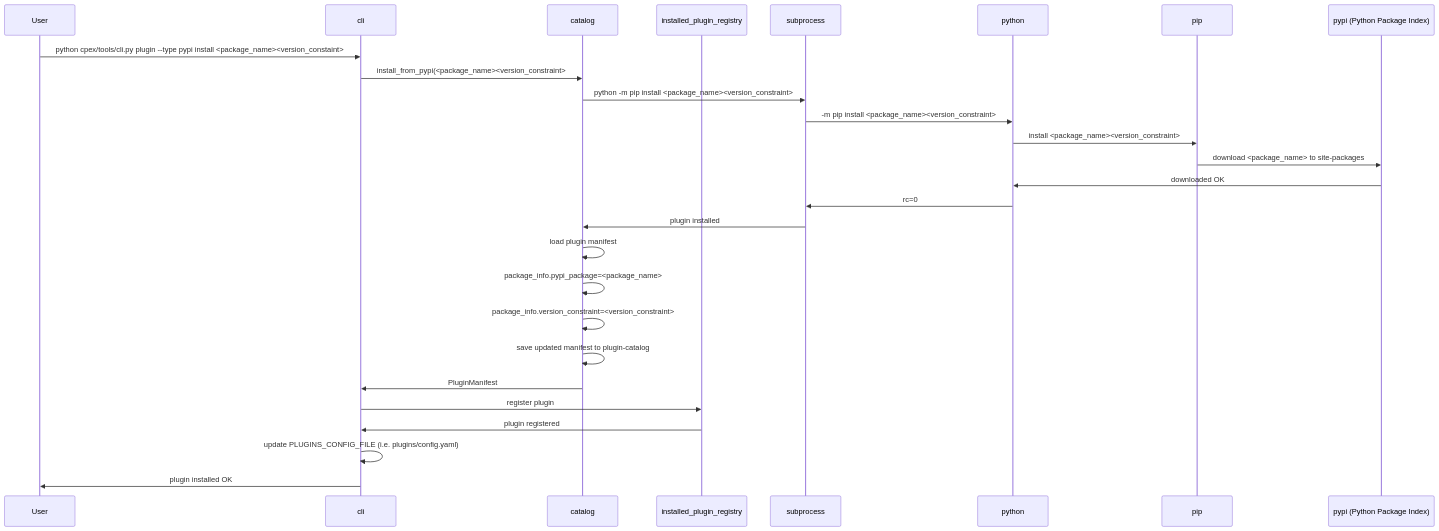
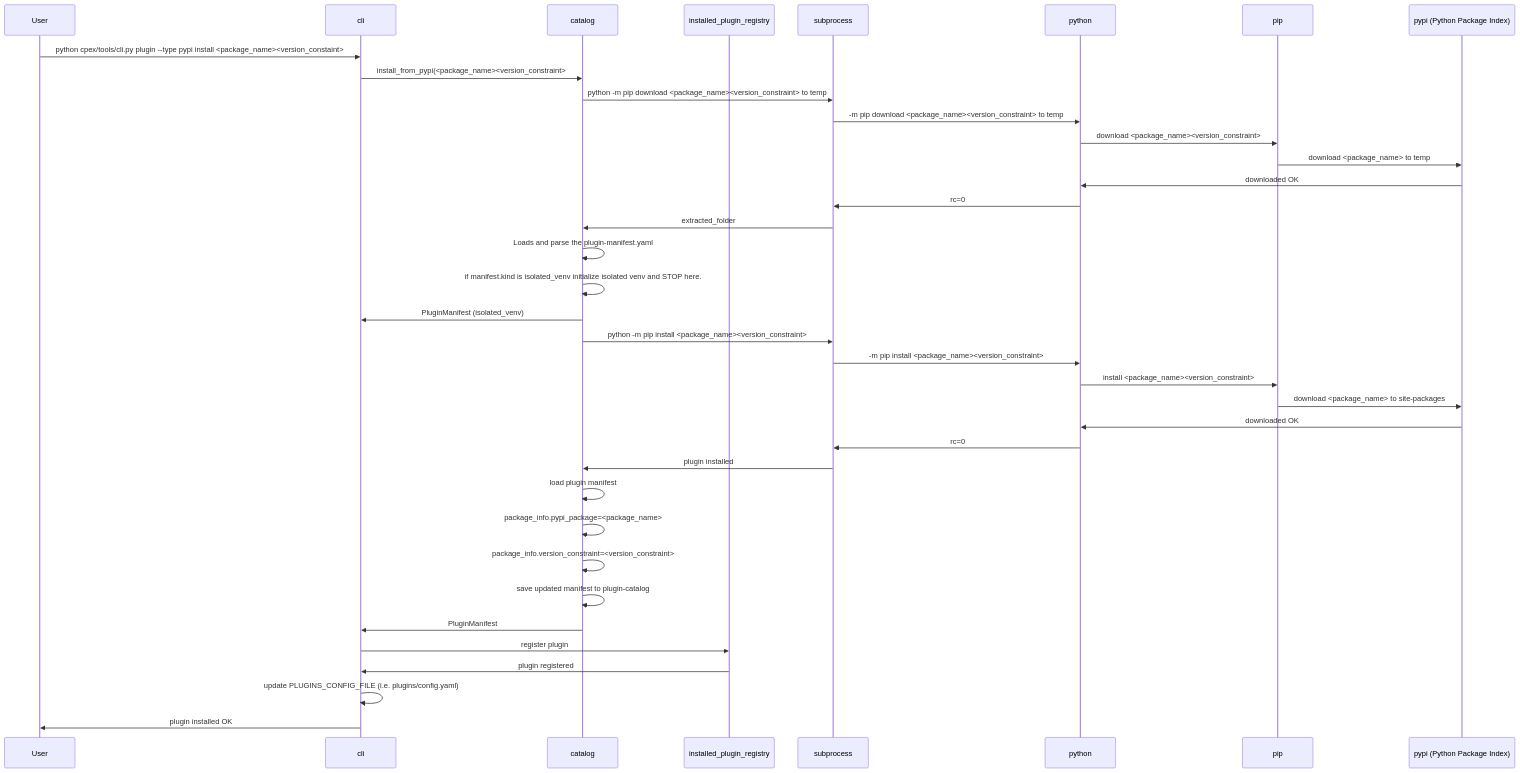
One commit to contextforge-org/cpex changed the third of 4 diagrams in cpex/tools/README.md. Above: the diagram before and after it, drawn with Mermaid. The commit also changed other lines of this file, not shown here.

````diff
--- a/cpex/tools/README.md
+++ b/cpex/tools/README.md
@@ -103,29 +105,39 @@
 ```mermaid
 sequenceDiagram
      participant User
      participant cli
      participant catalog
      participant installed_plugin_registry
      participant subprocess
      participant python
      participant pip
      participant pypi (Python Package Index)
      User->>cli: python cpex/tools/cli.py plugin --type pypi install <package_name><version_constaint>
      cli->>catalog: install_from_pypi(<package_name><version_constraint>
+     catalog->>subprocess: python -m pip download <package_name><version_constraint> to temp
+     subprocess->>python: -m pip download <package_name><version_constraint> to temp
+     python->>pip: download <package_name><version_constraint>
+     pip->>pypi (Python Package Index): download <package_name> to temp
+     pypi (Python Package Index)->>python: downloaded OK
+     python->>subprocess: rc=0
+     subprocess->>catalog: extracted_folder
+     catalog->>catalog: Loads and parse the plugin-manifest.yaml
+     catalog->>catalog: if manifest.kind is isolated_venv initialize isolated venv and STOP here.
+     catalog->>cli: PluginManifest (isolated_venv)
      catalog->>subprocess: python -m pip install <package_name><version_constraint>
      subprocess->>python: -m pip install <package_name><version_constraint>
      python->>pip: install <package_name><version_constraint>
      pip->>pypi (Python Package Index): download <package_name> to site-packages
      pypi (Python Package Index)->>python: downloaded OK
      python->>subprocess: rc=0
      subprocess->>catalog: plugin installed
      catalog->>catalog: load plugin manifest
      catalog->>catalog: package_info.pypi_package=<package_name>
      catalog->>catalog: package_info.version_constraint=<version_constraint>
      catalog->>catalog: save updated manifest to plugin-catalog
      catalog->>cli: PluginManifest
      cli->>installed_plugin_registry: register plugin
      installed_plugin_registry->>cli: plugin registered
      cli->>cli: update PLUGINS_CONFIG_FILE (i.e. plugins/config.yaml)
      cli->>User: plugin installed OK
 ```
````
